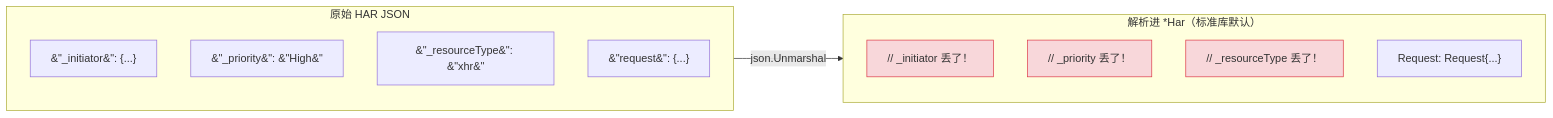
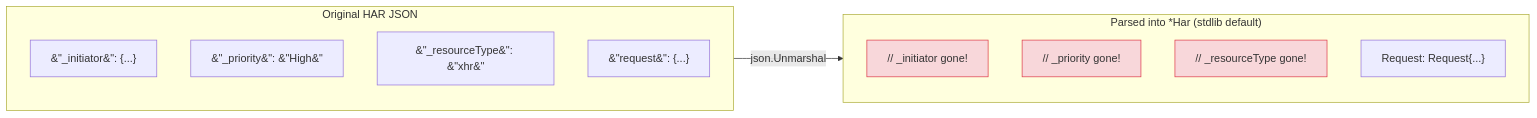
The first of 4 diagrams in website/zh/internals/custom-fields.md (hitechcloud-vietnam/har-skills), drawn with Mermaid before and after one commit. The commit also changed other lines of this file and 97 other files, not shown here.

````diff
--- a/website/zh/internals/custom-fields.md
+++ b/website/zh/internals/custom-fields.md
@@ -17,19 +18,19 @@
 ```mermaid
 graph LR
-  subgraph SRC["原始 HAR JSON"]
+  subgraph SRC["Original HAR JSON"]
     direction TB
     J1["&#34;_initiator&#34;: {...}"]
     J2["&#34;_priority&#34;: &#34;High&#34;"]
     J3["&#34;_resourceType&#34;: &#34;xhr&#34;"]
     J4["&#34;request&#34;: {...}"]
   end
   SRC -->|"json.Unmarshal"| DST
-  subgraph DST["解析进 *Har（标准库默认）"]
+  subgraph DST["Parsed into *Har (stdlib default)"]
     direction TB
-    D1["// _initiator 丢了！"]:::bad
-    D2["// _priority 丢了！"]:::bad
-    D3["// _resourceType 丢了！"]:::bad
+    D1["// _initiator gone!"]:::bad
+    D2["// _priority gone!"]:::bad
+    D3["// _resourceType gone!"]:::bad
     D4["Request: Request{...}"]
   end
   classDef bad fill:#f8d7da,stroke:#dc3545
 ```
````
